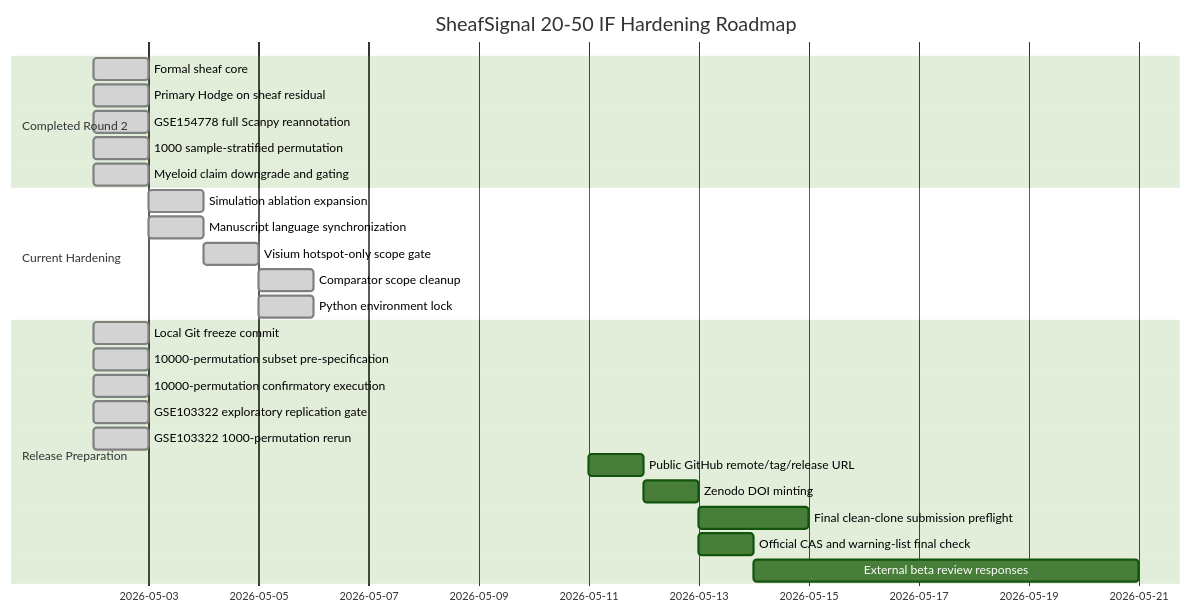
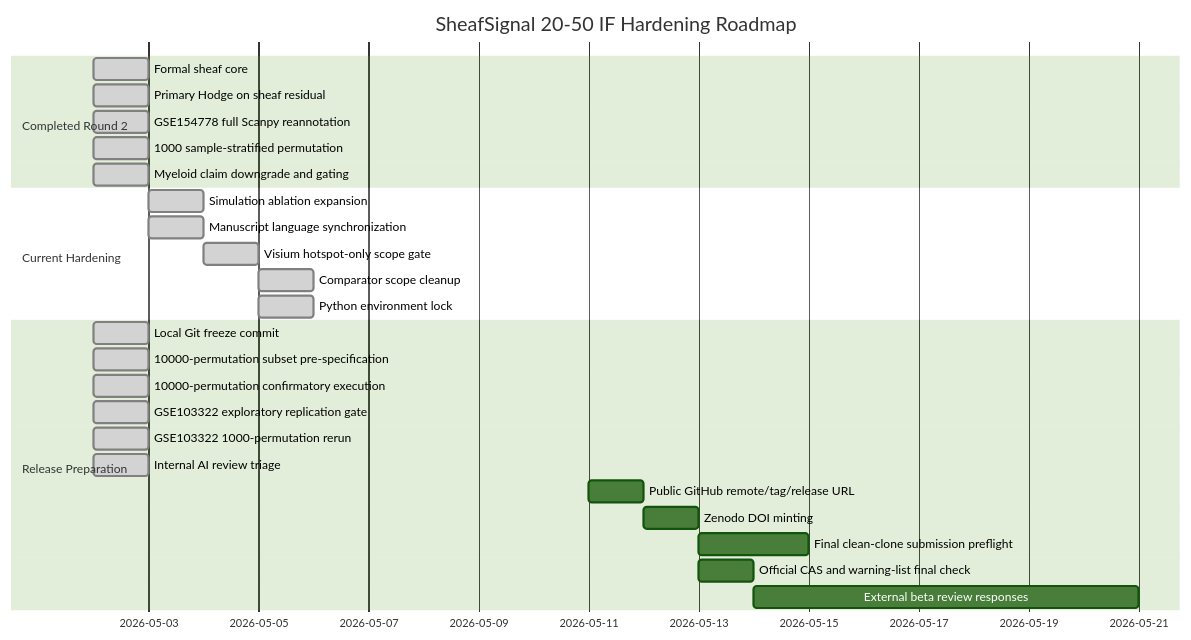
Before and after one commit to healthgreat/SheafSignal: the diagram in manuscript/SHEAFSIGNAL_STATUS_DASHBOARD_2026-05-02.md, drawn with Mermaid (forest theme). The commit also changed other lines of this file and 37 other files, not shown here.

Commit message:
Refresh GSE154778 QC and review triage

````diff
--- a/manuscript/SHEAFSIGNAL_STATUS_DASHBOARD_2026-05-02.md
+++ b/manuscript/SHEAFSIGNAL_STATUS_DASHBOARD_2026-05-02.md
@@ -47,31 +48,32 @@
 ```mermaid
 gantt
     title SheafSignal 20-50 IF Hardening Roadmap
     dateFormat  YYYY-MM-DD
 
     section Completed Round 2
     Formal sheaf core                           :done, 2026-05-02, 1d
     Primary Hodge on sheaf residual             :done, 2026-05-02, 1d
     GSE154778 full Scanpy reannotation          :done, 2026-05-02, 1d
     1000 sample-stratified permutation          :done, 2026-05-02, 1d
     Myeloid claim downgrade and gating          :done, 2026-05-02, 1d
 
     section Current Hardening
     Simulation ablation expansion               :done, 2026-05-03, 1d
     Manuscript language synchronization         :done, 2026-05-03, 1d
     Visium hotspot-only scope gate               :done, 2026-05-04, 1d
     Comparator scope cleanup                     :done, 2026-05-05, 1d
     Python environment lock                      :done, 2026-05-05, 1d
 
     section Release Preparation
     Local Git freeze commit                      :done, 2026-05-02, 1d
     10000-permutation subset pre-specification    :done, 2026-05-02, 1d
     10000-permutation confirmatory execution      :done, 2026-05-02, 1d
     GSE103322 exploratory replication gate        :done, 2026-05-02, 1d
     GSE103322 1000-permutation rerun             :done, 2026-05-02, 1d
+    Internal AI review triage                    :done, 2026-05-02, 1d
     Public GitHub remote/tag/release URL         :2026-05-11, 1d
     Zenodo DOI minting                           :2026-05-12, 1d
     Final clean-clone submission preflight       :2026-05-13, 2d
     Official CAS and warning-list final check    :2026-05-13, 1d
     External beta review responses               :2026-05-14, 7d
 ```
````
